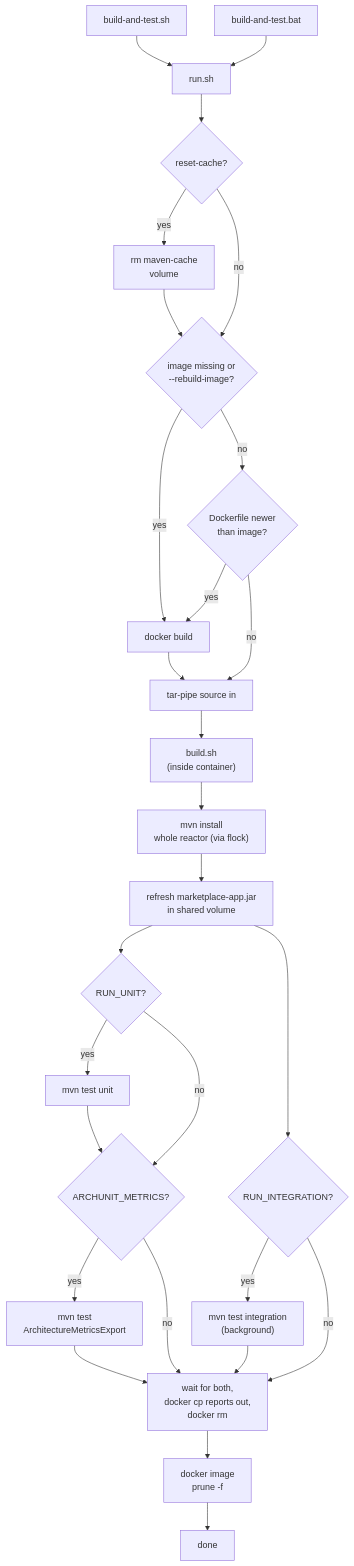
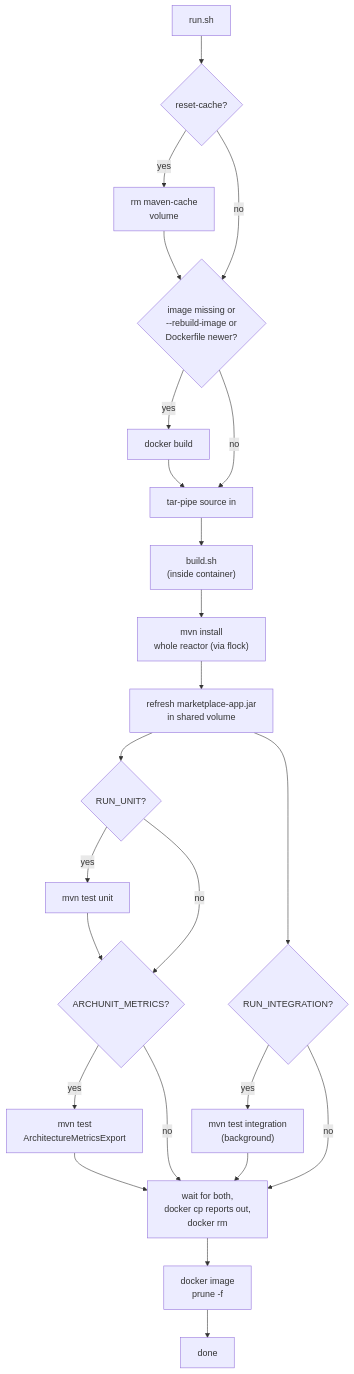
One commit to OstMutant/Advertisement changed the diagram in scripts/build-and-test/README.md. Above: the diagram before and after it, drawn with Mermaid. The commit also changed other lines of this file and 79 other files, not shown here.

````diff
--- a/scripts/build-and-test/README.md
+++ b/scripts/build-and-test/README.md
@@ -20,25 +14,22 @@
 ```mermaid
 flowchart TD
-    A1[build-and-test.sh] --> R[run.sh]
-    A2[build-and-test.bat] --> R
+    R[run.sh]
     R --> B{"reset-cache?"}
     B -->|yes| B1["rm maven-cache<br/>volume"] --> C
-    B -->|no| C{"image missing or<br/>--rebuild-image?"}
+    B -->|no| C{"image missing or<br/>--rebuild-image or<br/>Dockerfile newer?"}
     C -->|yes| C1[docker build] --> E
-    C -->|no| D{"Dockerfile newer<br/>than image?"}
-    D -->|yes| C1
-    D -->|no| E[tar-pipe source in]
+    C -->|no| E[tar-pipe source in]
     E --> F["build.sh<br/>(inside container)"]
     F --> G["mvn install<br/>whole reactor (via flock)"]
     G --> H["refresh marketplace-app.jar<br/>in shared volume"]
     H --> I{"RUN_UNIT?"}
     H --> J{"RUN_INTEGRATION?"}
     I -->|yes| I1["mvn test unit"] --> I2{"ARCHUNIT_METRICS?"}
     I -->|no| I2
     I2 -->|yes| I3["mvn test<br/>ArchitectureMetricsExport"] --> M
     I2 -->|no| M
     J -->|yes| J1["mvn test integration<br/>(background)"] --> M
     J -->|no| M
     M["wait for both,<br/>docker cp reports out,<br/>docker rm"] --> K["docker image<br/>prune -f"]
     K --> Z[done]
 ```
````
